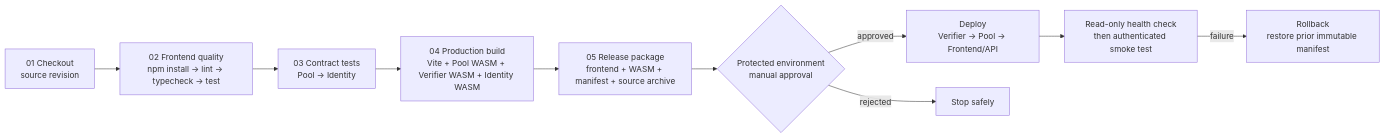
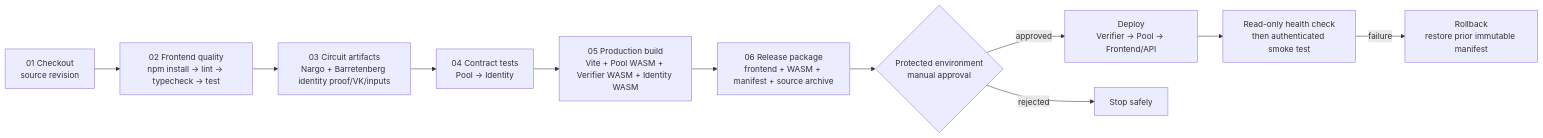
Before and after one commit to mallickarpan2006/MedKit: the diagram in docs/CI-CD.md, drawn with Mermaid. The commit also changed other lines of this file and 2 other files, not shown here.

Commit message:
ci: generate circuit artifacts before contract tests

````diff
--- a/docs/CI-CD.md
+++ b/docs/CI-CD.md
@@ -7,12 +7,13 @@
 ```mermaid
 flowchart LR
     A[01 Checkout<br/>source revision] --> B[02 Frontend quality<br/>npm install → lint → typecheck → test]
-    B --> C[03 Contract tests<br/>Pool → Identity]
-    C --> D[04 Production build<br/>Vite + Pool WASM + Verifier WASM + Identity WASM]
-    D --> E[05 Release package<br/>frontend + WASM + manifest + source archive]
-    E --> F{Protected environment<br/>manual approval}
-    F -->|approved| G[Deploy<br/>Verifier → Pool → Frontend/API]
-    F -->|rejected| H[Stop safely]
-    G --> I[Read-only health check\nthen authenticated smoke test]
-    I -->|failure| J[Rollback\nrestore prior immutable manifest]
+    B --> C[03 Circuit artifacts<br/>Nargo + Barretenberg identity proof/VK/inputs]
+    C --> D[04 Contract tests<br/>Pool → Identity]
+    D --> E[05 Production build<br/>Vite + Pool WASM + Verifier WASM + Identity WASM]
+    E --> F[06 Release package<br/>frontend + WASM + manifest + source archive]
+    F --> G{Protected environment<br/>manual approval}
+    G -->|approved| H[Deploy<br/>Verifier → Pool → Frontend/API]
+    G -->|rejected| I[Stop safely]
+    H --> J[Read-only health check<br/>then authenticated smoke test]
+    J -->|failure| K[Rollback<br/>restore prior immutable manifest]
 ```
````
